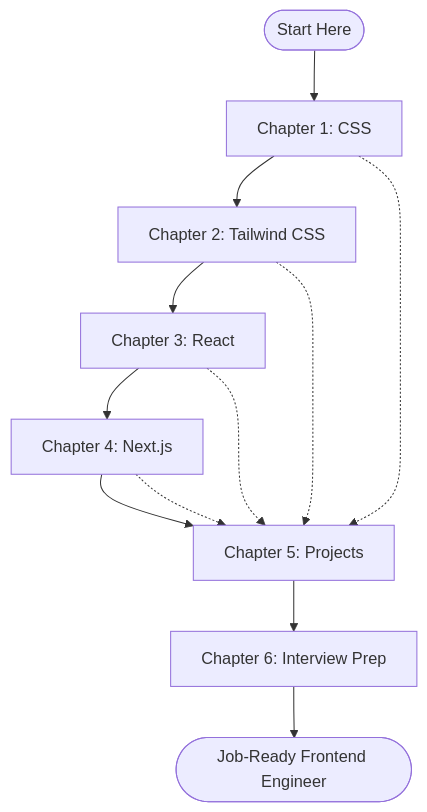
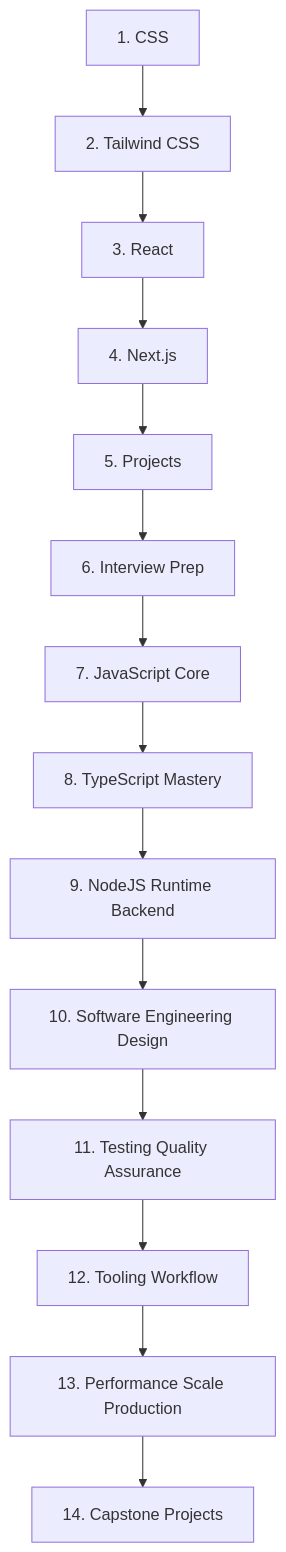
The diagram in SWE/Programming languages/Front End/README.md (Vtheonly/Obsidian_Notes), drawn with Mermaid before and after one commit. The commit also changed other lines of this file and 132 other files, not shown here.

````diff
--- a/SWE/Programming languages/Front End/README.md
+++ b/SWE/Programming languages/Front End/README.md
@@ -120,15 +38,16 @@
 ```mermaid
-graph TD
-    Start([Start Here]) --> CSS[Chapter 1: CSS]
-    CSS --> Tailwind[Chapter 2: Tailwind CSS]
-    Tailwind --> React[Chapter 3: React]
-    React --> Next[Chapter 4: Next.js]
-    Next --> Projects[Chapter 5: Projects]
-    Projects --> Interview[Chapter 6: Interview Prep]
-    Interview --> Done([Job-Ready Frontend Engineer])
-
-    CSS -.-> Projects
-    Tailwind -.-> Projects
-    React -.-> Projects
-    Next -.-> Projects
+flowchart TD
+    CSS[1. CSS] --> Tailwind[2. Tailwind CSS]
+    Tailwind --> React[3. React]
+    React --> Next[4. Next.js]
+    Next --> Projects[5. Projects]
+    Projects --> Interview[6. Interview Prep]
+    Interview --> JS[7. JavaScript Core]
+    JS --> TS[8. TypeScript Mastery]
+    TS --> Node[9. NodeJS Runtime Backend]
+    Node --> SE[10. Software Engineering Design]
+    SE --> Testing[11. Testing Quality Assurance]
+    Testing --> Tooling[12. Tooling Workflow]
+    Tooling --> Performance[13. Performance Scale Production]
+    Performance --> Capstone[14. Capstone Projects]
 ```
````
